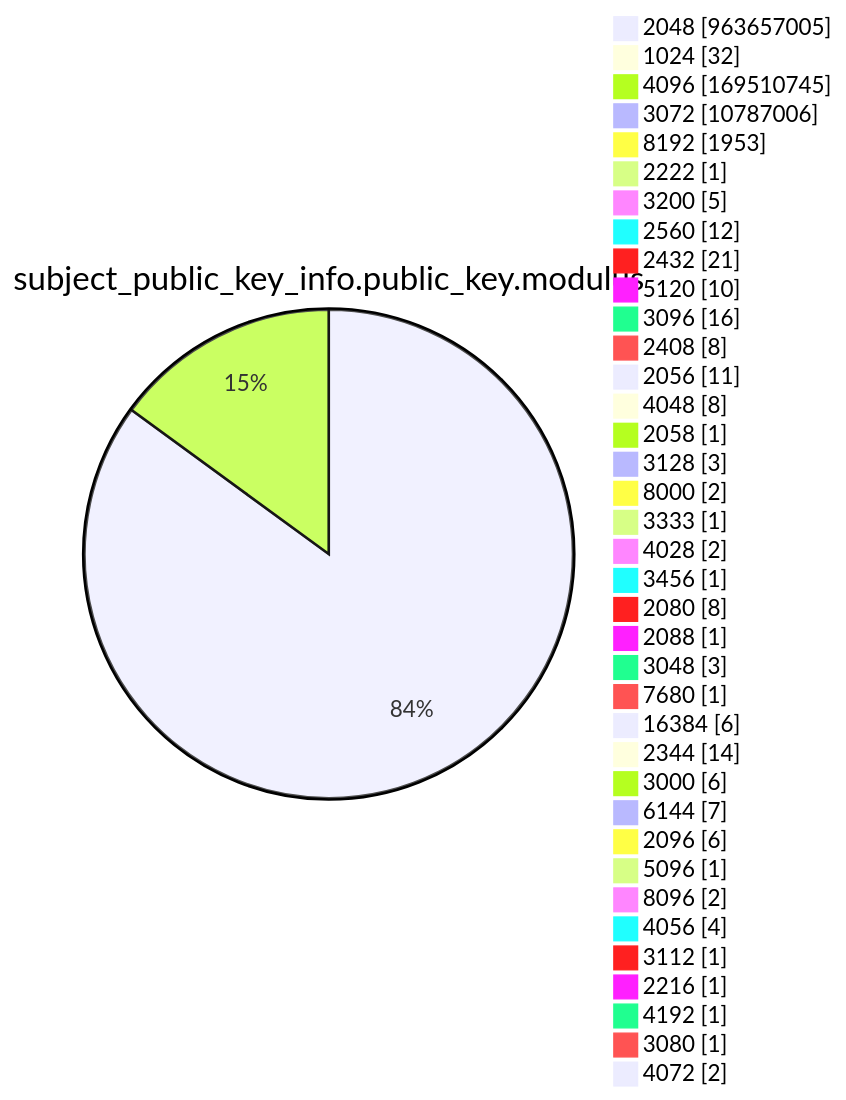
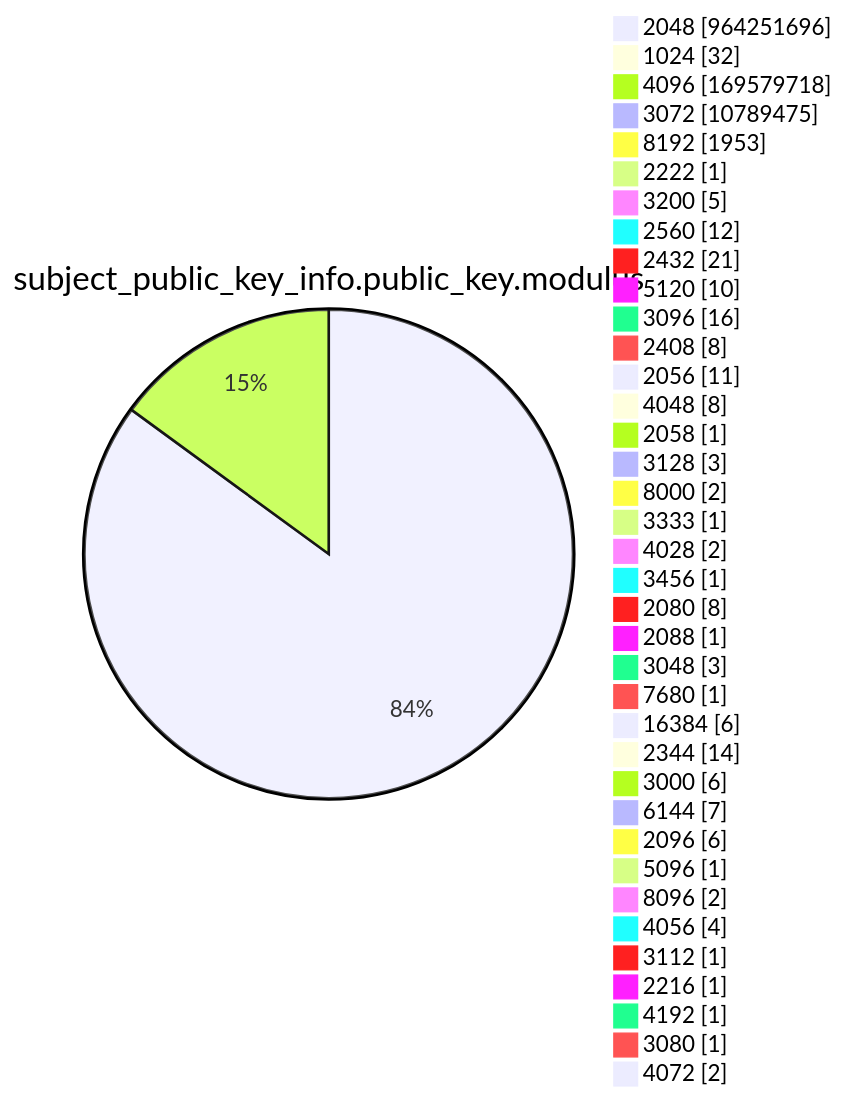
Diagram 13 of 15 in argon2022/README.md (christiankrug/ctmonitor_visualization), drawn with Mermaid before and after one commit. The commit also changed other lines of this file, not shown here.

````diff
--- a/argon2022/README.md
+++ b/argon2022/README.md
@@ -3586,41 +3586,41 @@
 ```mermaid
 pie showData
 title subject_public_key_info.public_key.modulus
-"2048" :963657005
+"2048" :964251696
 "1024" :32
-"4096" :169510745
-"3072" :10787006
+"4096" :169579718
+"3072" :10789475
 "8192" :1953
 "2222" :1
 "3200" :5
 "2560" :12
 "2432" :21
 "5120" :10
 "3096" :16
 "2408" :8
 "2056" :11
 "4048" :8
 "2058" :1
 "3128" :3
 "8000" :2
 "3333" :1
 "4028" :2
 "3456" :1
 "2080" :8
 "2088" :1
 "3048" :3
 "7680" :1
 "16384" :6
 "2344" :14
 "3000" :6
 "6144" :7
 "2096" :6
 "5096" :1
 "8096" :2
 "4056" :4
 "3112" :1
 "2216" :1
 "4192" :1
 "3080" :1
 "4072" :2
 ```
````
